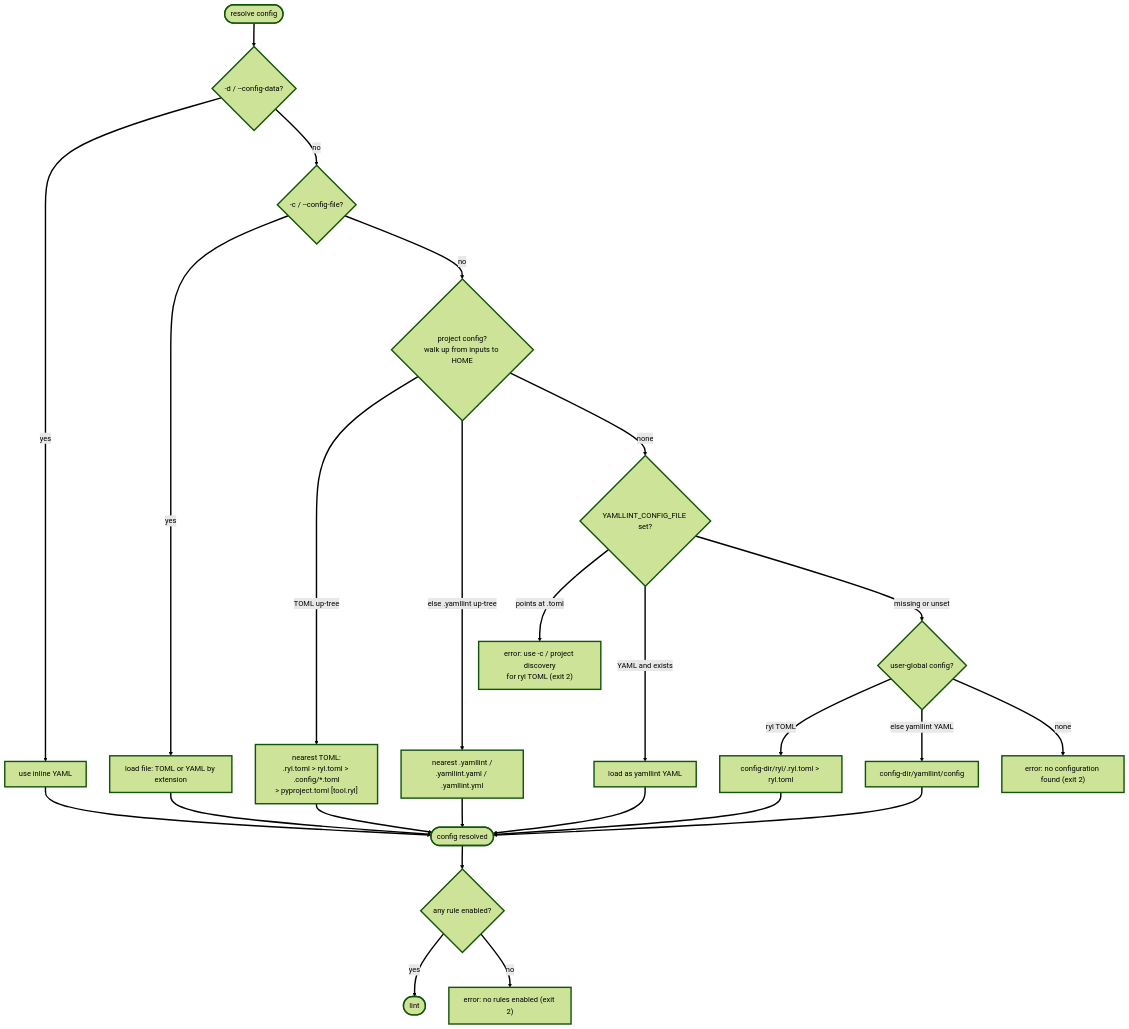
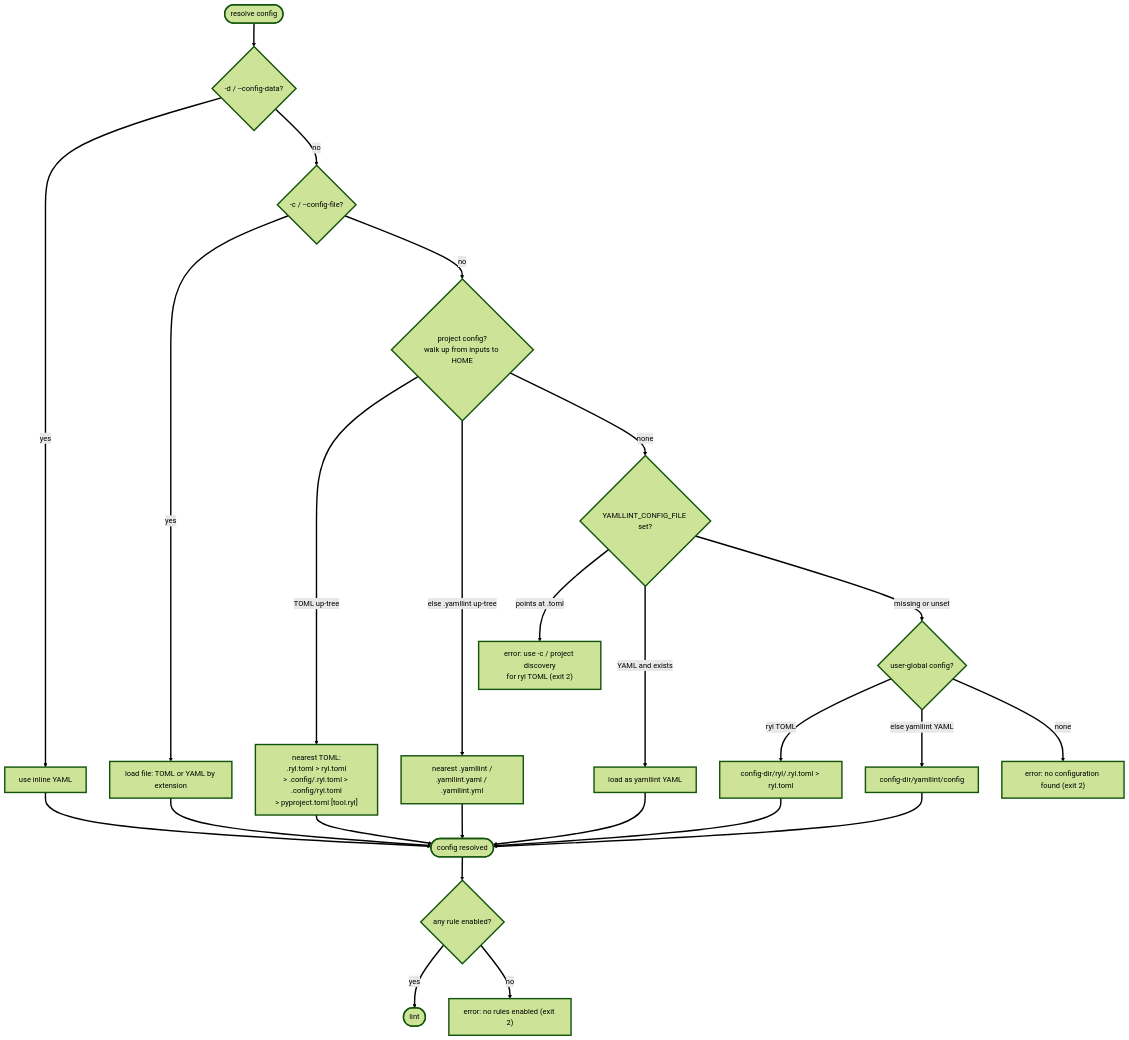
Before and after one commit to owenlamont/ryl: the diagram in docs/getting-started/migrating-from-yamllint.md, drawn with Mermaid (forest theme). The commit also changed 2 other files, not shown here.

Commit message:
docs: list explicit .config TOML candidates in precedence diagram
Codex review (PR #335): the diagram's `.config/*.toml` read as a glob, but
only `.config/.ryl.toml` and `.config/ryl.toml` are discovered. Replace the
wildcard with the two real candidates in both diagram copies.

````diff
--- a/docs/getting-started/migrating-from-yamllint.md
+++ b/docs/getting-started/migrating-from-yamllint.md
@@ -141,22 +141,22 @@
 ```mermaid
 flowchart TD
     Start([resolve config]) --> D{"-d / --config-data?"}
     D -->|yes| UseInline["use inline YAML"] --> Done([config resolved])
     D -->|no| C{"-c / --config-file?"}
     C -->|yes| UseFile["load file: TOML or YAML by extension"] --> Done
     C -->|no| P{"project config?<br/>walk up from inputs to HOME"}
-    P -->|"TOML up-tree"| UseProjToml["nearest TOML:<br/>.ryl.toml &gt; ryl.toml &gt; .config/*.toml<br/>&gt; pyproject.toml [tool.ryl]"] --> Done
+    P -->|"TOML up-tree"| UseProjToml["nearest TOML:<br/>.ryl.toml &gt; ryl.toml<br/>&gt; .config/.ryl.toml &gt; .config/ryl.toml<br/>&gt; pyproject.toml [tool.ryl]"] --> Done
     P -->|"else .yamllint up-tree"| UseProjYaml["nearest .yamllint /<br/>.yamllint.yaml / .yamllint.yml"] --> Done
     P -->|none| E{"YAMLLINT_CONFIG_FILE set?"}
     E -->|"points at .toml"| Err1["error: use -c / project discovery<br/>for ryl TOML (exit 2)"]
     E -->|"YAML and exists"| UseEnv["load as yamllint YAML"] --> Done
     E -->|"missing or unset"| G{"user-global config?"}
     G -->|"ryl TOML"| UseRyl["config-dir/ryl/.ryl.toml &gt; ryl.toml"] --> Done
     G -->|"else yamllint YAML"| UseYl["config-dir/yamllint/config"] --> Done
     G -->|none| Err2["error: no configuration found (exit 2)"]
     Done --> R{"any rule enabled?"}
     R -->|yes| OK([lint])
     R -->|no| Err3["error: no rules enabled (exit 2)"]
     classDef default stroke-width:3px;
     linkStyle default stroke-width:3px;
 ```
````
